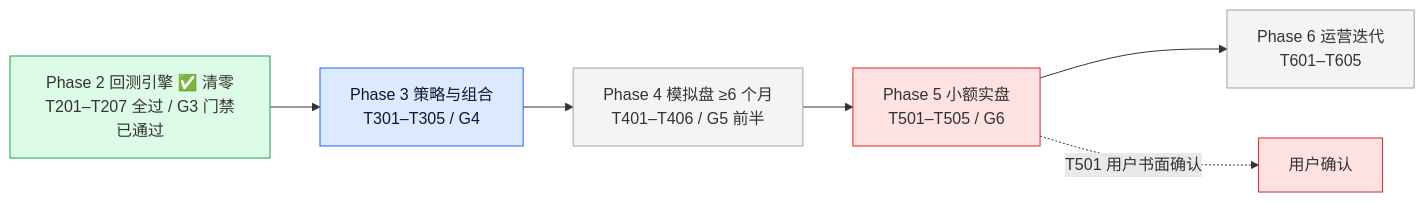
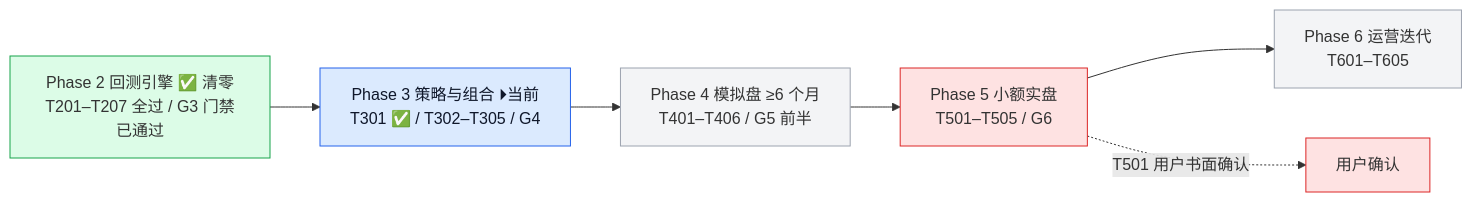
Before and after one commit to YZml1507/FinAI2.0: the fourth of 4 diagrams in docs/project_status_flowchart.md, drawn with Mermaid. The commit also changed other lines of this file and 3 other files, not shown here.

Commit message:
docs: T301 状态标记 — CLAUDE.md §0/§5/§7 + spec 快照 + 流程图（T301 ✅ / 422 绿 / 当前位 T302）

````diff
--- a/docs/project_status_flowchart.md
+++ b/docs/project_status_flowchart.md
@@ -76,14 +76,14 @@
 ```mermaid
 flowchart LR
-  P2[Phase 2 回测引擎 ✅ 清零<br/>T201–T207 全过 / G3 门禁已通过] --> P3[Phase 3 策略与组合<br/>T301–T305 / G4]
+  P2[Phase 2 回测引擎 ✅ 清零<br/>T201–T207 全过 / G3 门禁已通过] --> P3[Phase 3 策略与组合 ⏵当前<br/>T301 ✅ / T302–T305 / G4]
   P3 --> P4[Phase 4 模拟盘 ≥6 个月<br/>T401–T406 / G5 前半]
   P4 --> P5[Phase 5 小额实盘<br/>T501–T505 / G6]
   P5 --> P6[Phase 6 运营迭代<br/>T601–T605]
   P5 -.->|T501 用户书面确认| USER[用户确认]
   style P2 fill:#dcfce7,stroke:#16a34a
   style P3 fill:#dbeafe,stroke:#2563eb,color:#0f172a
   style P4 fill:#f3f4f6,stroke:#9ca3af
   style P5 fill:#fee2e2,stroke:#dc2626
   style P6 fill:#f3f4f6,stroke:#9ca3af
   style USER fill:#fee2e2,stroke:#dc2626
 ```
````
